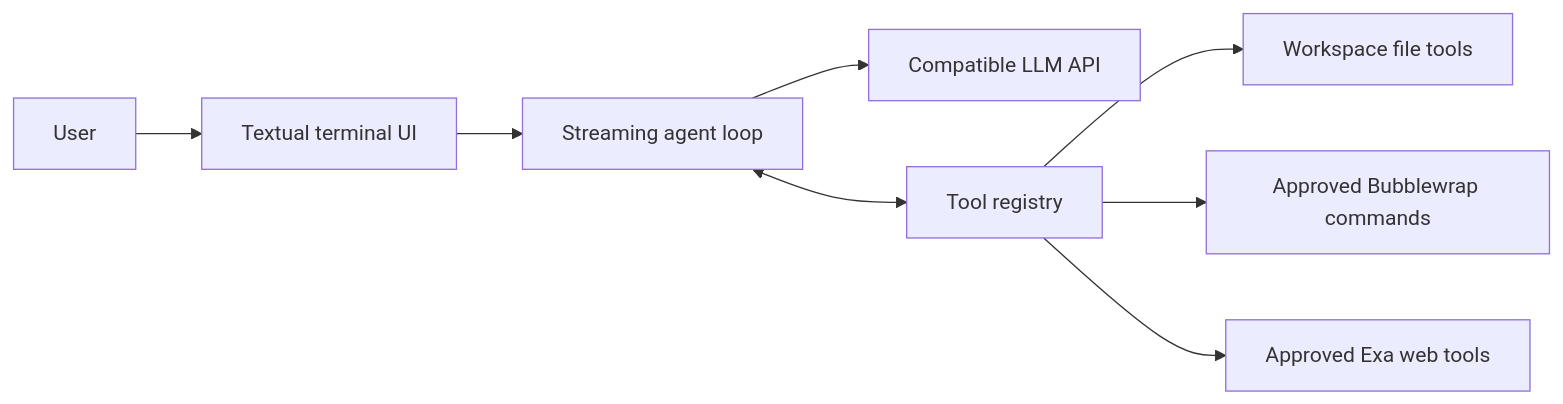
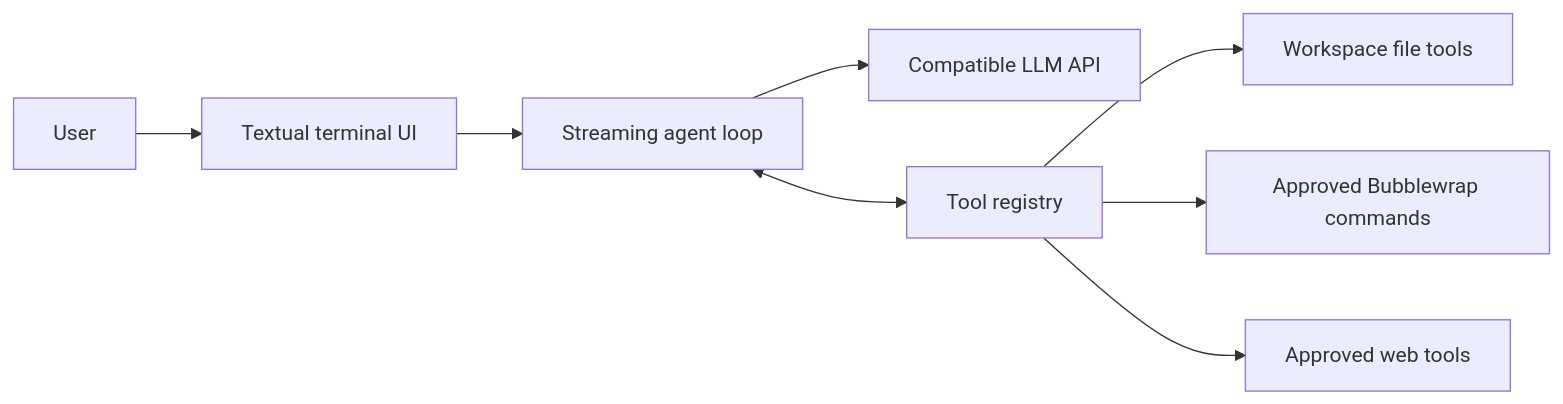
Before and after one commit to ribomo/plain-agent: the first of 2 diagrams in README.md, drawn with Mermaid. The commit also changed other lines of this file and 13 other files, not shown here.

````diff
--- a/README.md
+++ b/README.md
@@ -9,10 +9,10 @@
 ```mermaid
 flowchart LR
     User[User] --> UI[Textual terminal UI]
     UI --> Agent[Streaming agent loop]
     Agent --> LLM[Compatible LLM API]
     Agent <--> Tools[Tool registry]
     Tools --> Files[Workspace file tools]
     Tools --> Sandbox[Approved Bubblewrap commands]
-    Tools --> Web[Approved Exa web tools]
+    Tools --> Web[Approved web tools]
 ```
````
